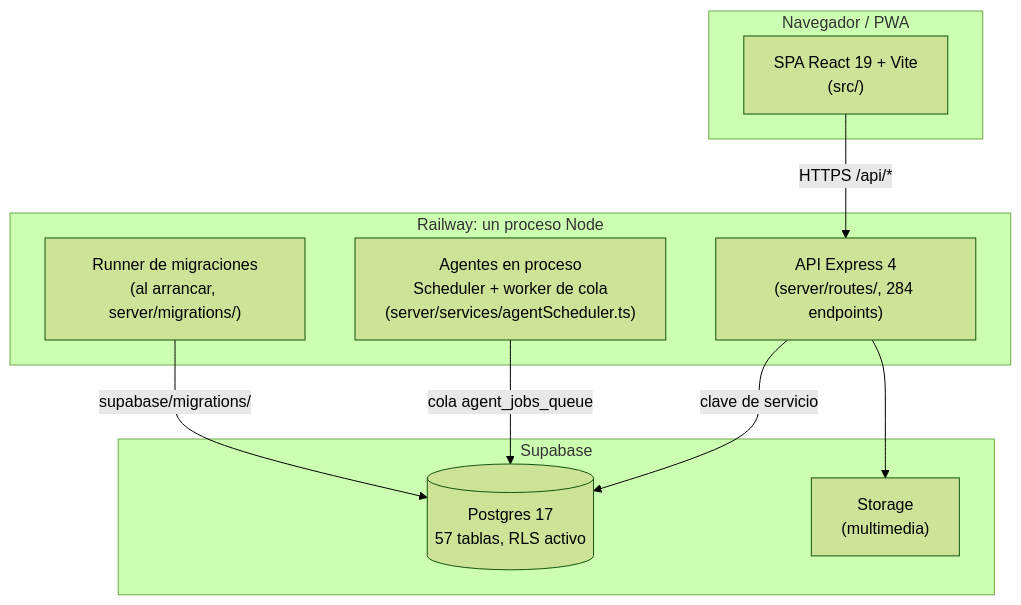
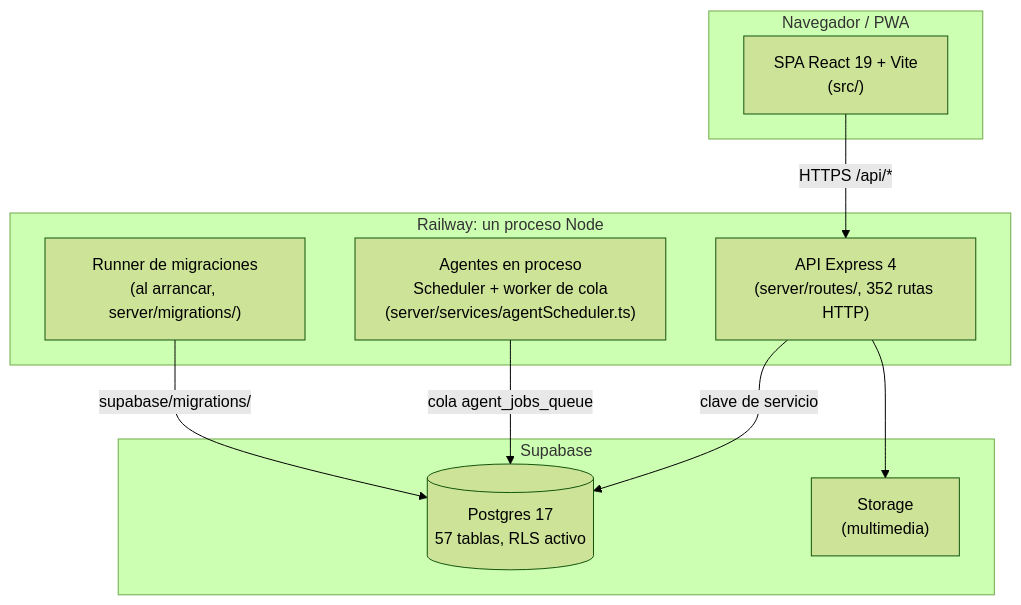
The second of 2 diagrams in docs/ARCHITECTURE.md (DiegoCalleB/BandsManager), drawn with Mermaid (forest theme) before and after one commit. The commit also changed other lines of this file and 14 other files, not shown here.

````diff
--- a/docs/ARCHITECTURE.md
+++ b/docs/ARCHITECTURE.md
@@ -36,23 +36,23 @@
 ```mermaid
 flowchart TB
   subgraph navegador["Navegador / PWA"]
     spa["SPA React 19 + Vite<br/>(src/)"]
   end
 
   subgraph railway["Railway: un proceso Node"]
-    api["API Express 4<br/>(server/routes/, 284 endpoints)"]
+    api["API Express 4<br/>(server/routes/, 352 rutas HTTP)"]
     agentes["Agentes en proceso<br/>Scheduler + worker de cola<br/>(server/services/agentScheduler.ts)"]
     migr["Runner de migraciones<br/>(al arrancar, server/migrations/)"]
   end
 
   subgraph supa["Supabase"]
     pg[("Postgres 17<br/>57 tablas, RLS activo")]
     storage["Storage<br/>(multimedia)"]
   end
 
   spa -->|"HTTPS /api/*"| api
   api -->|"clave de servicio"| pg
   api --> storage
   agentes -->|"cola agent_jobs_queue"| pg
   migr -->|"supabase/migrations/"| pg
 ```
````
